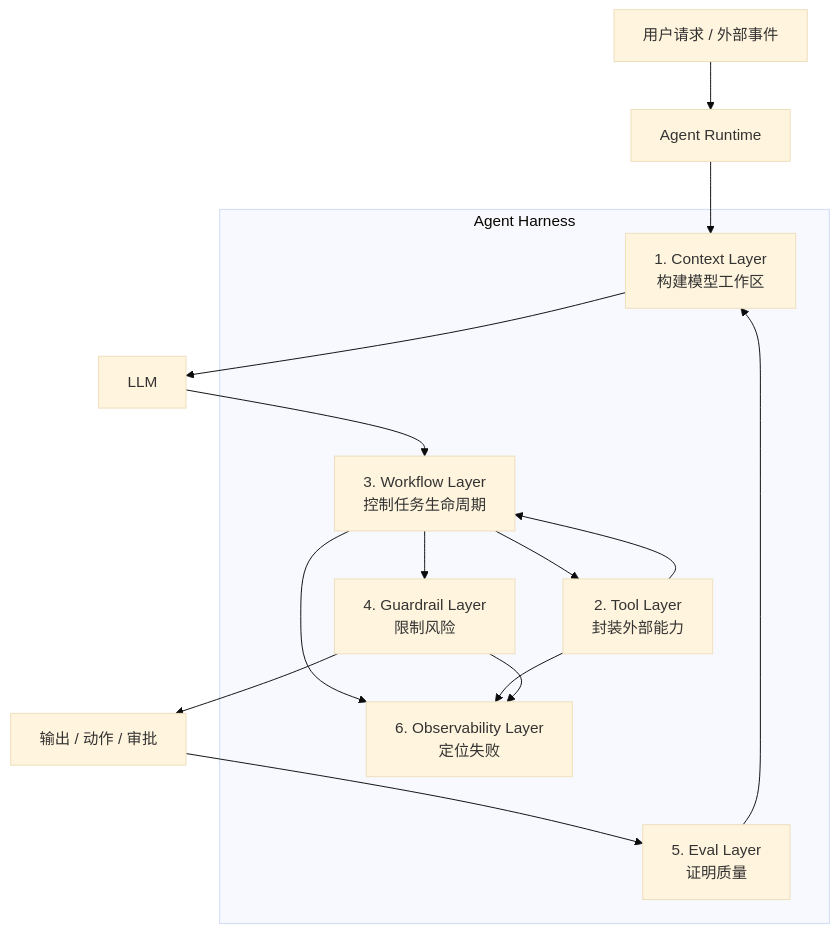
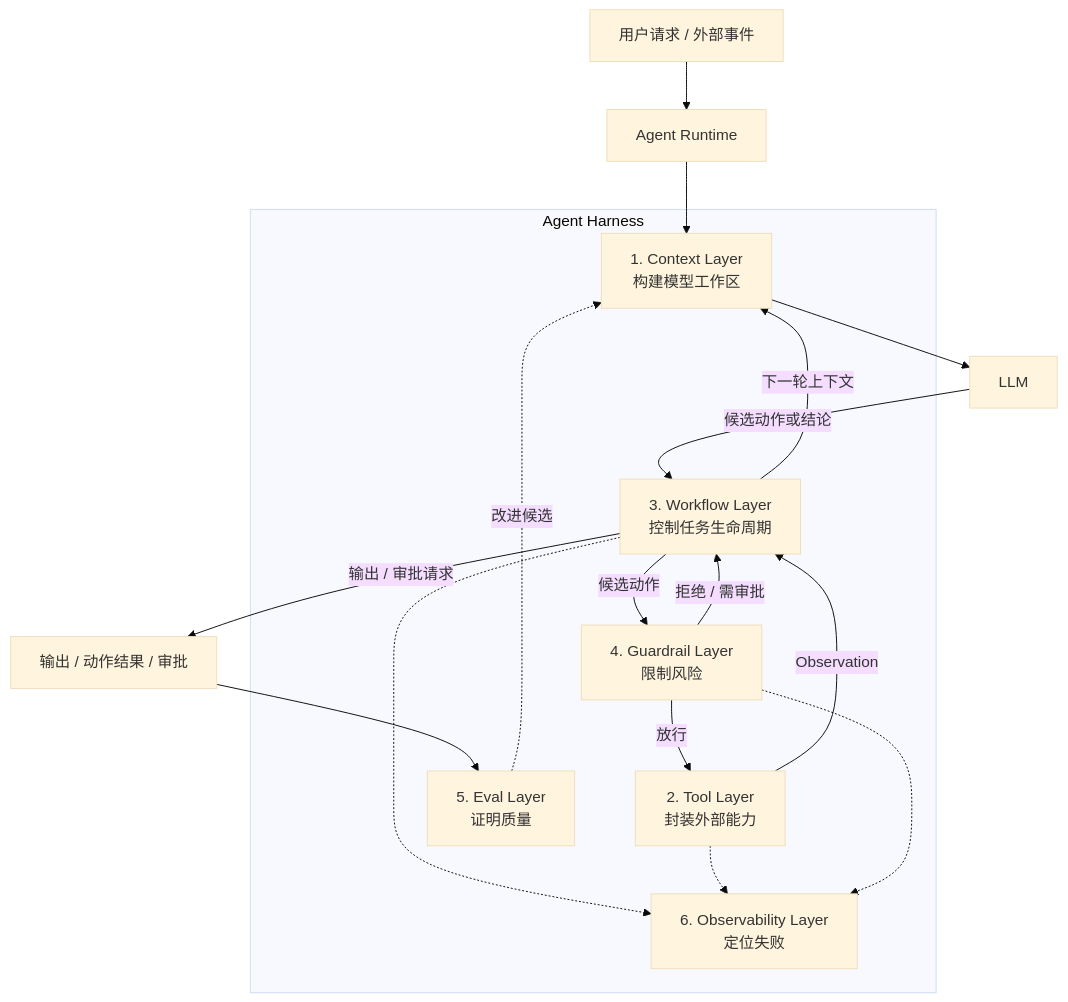
Before and after one commit to wxquare/wxquare.github.io: the third of 13 diagrams in books/ai-book/src/part3/03-agent-runtime.md, drawn with Mermaid (base theme). The commit also changed other lines of this file and 3 other files, not shown here.

````diff
--- a/books/ai-book/src/part3/03-agent-runtime.md
+++ b/books/ai-book/src/part3/03-agent-runtime.md
@@ -479,26 +235,28 @@
 ```mermaid
 flowchart TB
-    Event[用户请求 / 外部事件] --> Runtime[Agent Runtime]
+    Event["用户请求 / 外部事件"] --> Runtime["Agent Runtime"]
 
-    subgraph Harness[Agent Harness]
-        C[1. Context Layer<br/>构建模型工作区]
-        T[2. Tool Layer<br/>封装外部能力]
-        W[3. Workflow Layer<br/>控制任务生命周期]
-        G[4. Guardrail Layer<br/>限制风险]
-        E[5. Eval Layer<br/>证明质量]
-        O[6. Observability Layer<br/>定位失败]
+    subgraph Harness["Agent Harness"]
+        C["1. Context Layer<br/>构建模型工作区"]
+        W["3. Workflow Layer<br/>控制任务生命周期"]
+        G["4. Guardrail Layer<br/>限制风险"]
+        T["2. Tool Layer<br/>封装外部能力"]
+        E["5. Eval Layer<br/>证明质量"]
+        O["6. Observability Layer<br/>定位失败"]
     end
 
     Runtime --> C
-    C --> LLM[LLM]
-    LLM --> W
-    W --> T
-    T --> W
-    W --> G
-    G --> Result[输出 / 动作 / 审批]
-    W --> O
-    T --> O
-    G --> O
+    C --> LLM["LLM"]
+    LLM -->|"候选动作或结论"| W
+    W -->|"候选动作"| G
+    G -->|"放行"| T
+    G -->|"拒绝 / 需审批"| W
+    T -->|"Observation"| W
+    W -->|"下一轮上下文"| C
+    W -->|"输出 / 审批请求"| Result["输出 / 动作结果 / 审批"]
+    W -.-> O
+    T -.-> O
+    G -.-> O
     Result --> E
-    E --> C
+    E -.->|"改进候选"| C
 ```
````
